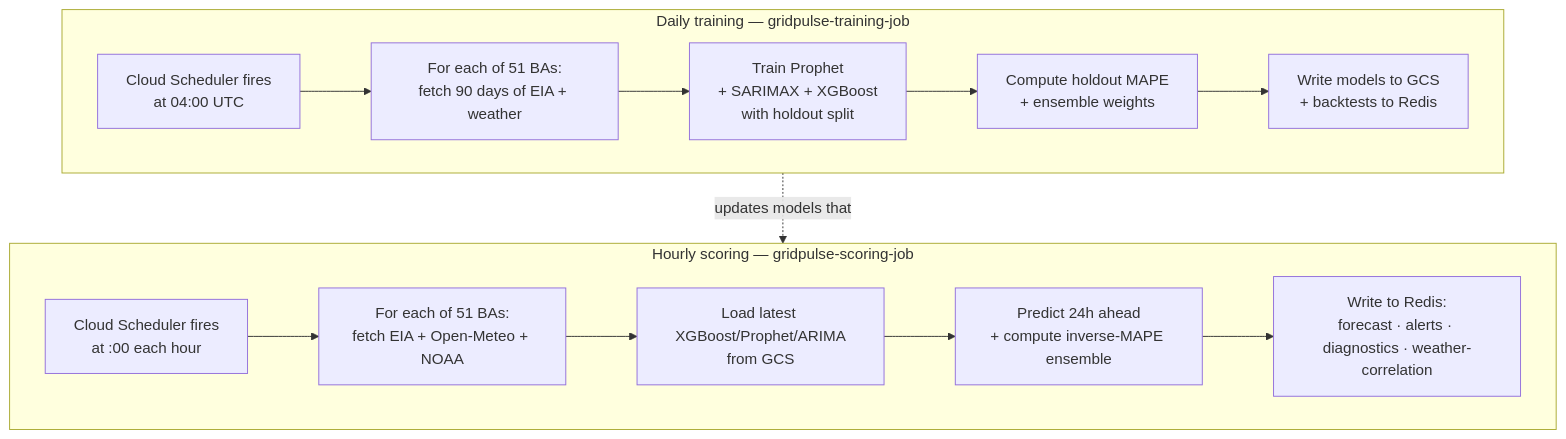
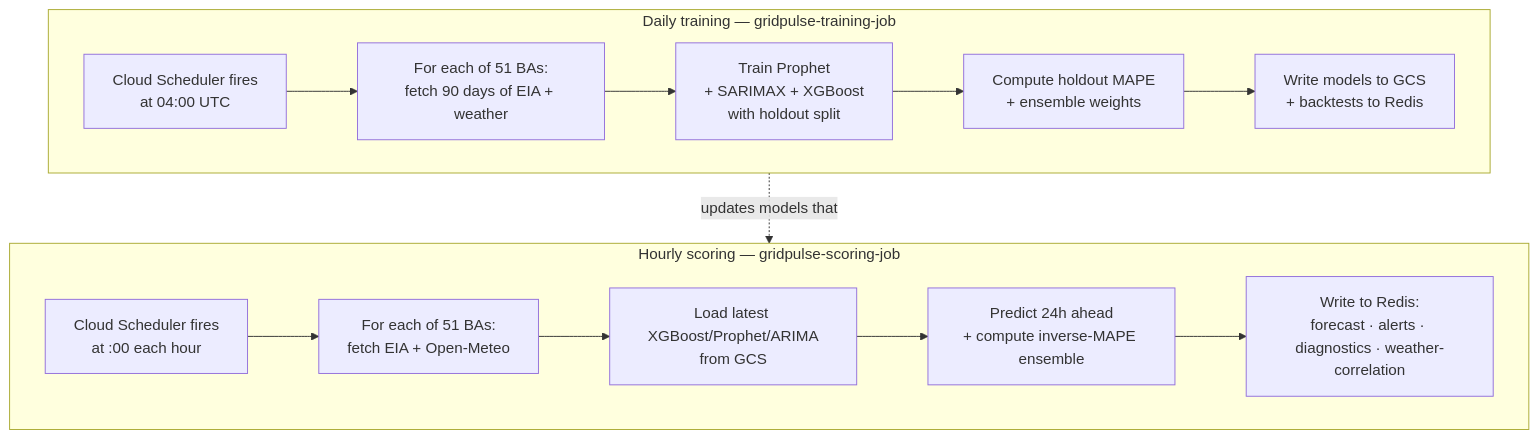
Before and after one commit to kristenmartino/gridpulse: the third of 5 diagrams in docs/HOW_IT_WORKS.md, drawn with Mermaid. The commit also changed other lines of this file and 9 other files, not shown here.

````diff
--- a/docs/HOW_IT_WORKS.md
+++ b/docs/HOW_IT_WORKS.md
@@ -81,22 +81,22 @@
 ```mermaid
 flowchart TB
     subgraph Hourly["Hourly scoring — gridpulse-scoring-job"]
         H1[Cloud Scheduler fires<br/>at :00 each hour]
-        H2[For each of 51 BAs:<br/>fetch EIA + Open-Meteo + NOAA]
+        H2[For each of 51 BAs:<br/>fetch EIA + Open-Meteo]
         H3[Load latest XGBoost/Prophet/ARIMA<br/>from GCS]
         H4[Predict 24h ahead<br/>+ compute inverse-MAPE ensemble]
         H5[Write to Redis:<br/>forecast · alerts · diagnostics · weather-correlation]
         H1 --> H2 --> H3 --> H4 --> H5
     end
 
     subgraph Daily["Daily training — gridpulse-training-job"]
         D1[Cloud Scheduler fires<br/>at 04:00 UTC]
         D2[For each of 51 BAs:<br/>fetch 90 days of EIA + weather]
         D3[Train Prophet<br/>+ SARIMAX + XGBoost<br/>with holdout split]
         D4[Compute holdout MAPE<br/>+ ensemble weights]
         D5[Write models to GCS<br/>+ backtests to Redis]
         D1 --> D2 --> D3 --> D4 --> D5
     end
 
     Daily -. updates models that .-> Hourly
 ```
````
